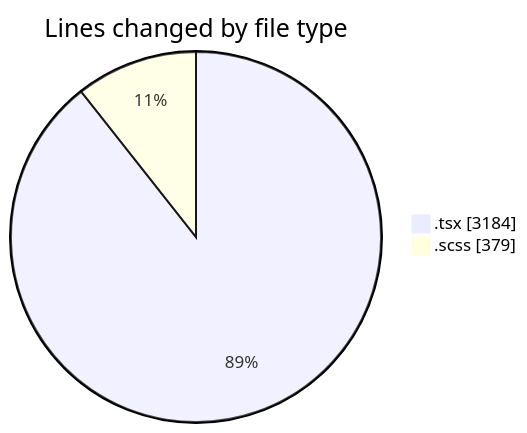
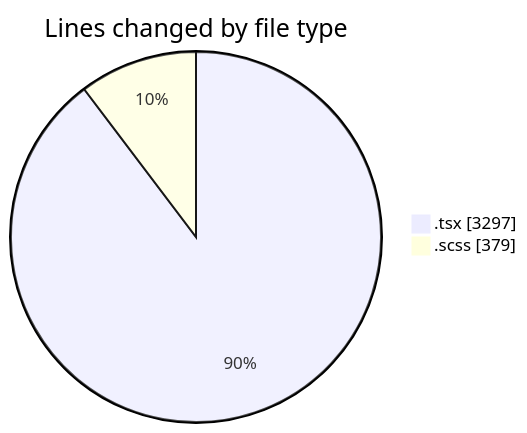
One commit to momahboobian/code-tracking changed the first of 2 diagrams in 2025-09-30/cda/README.md. Above: the diagram before and after it, drawn with Mermaid. The commit also changed other lines of this file and 1 other file, not shown here.

````diff
--- a/2025-09-30/cda/README.md
+++ b/2025-09-30/cda/README.md
@@ -23,6 +24,6 @@
 ```mermaid
 pie showData
 title Lines changed by file type
-".tsx" : 3184
+".tsx" : 3297
 ".scss" : 379
 ```
````
